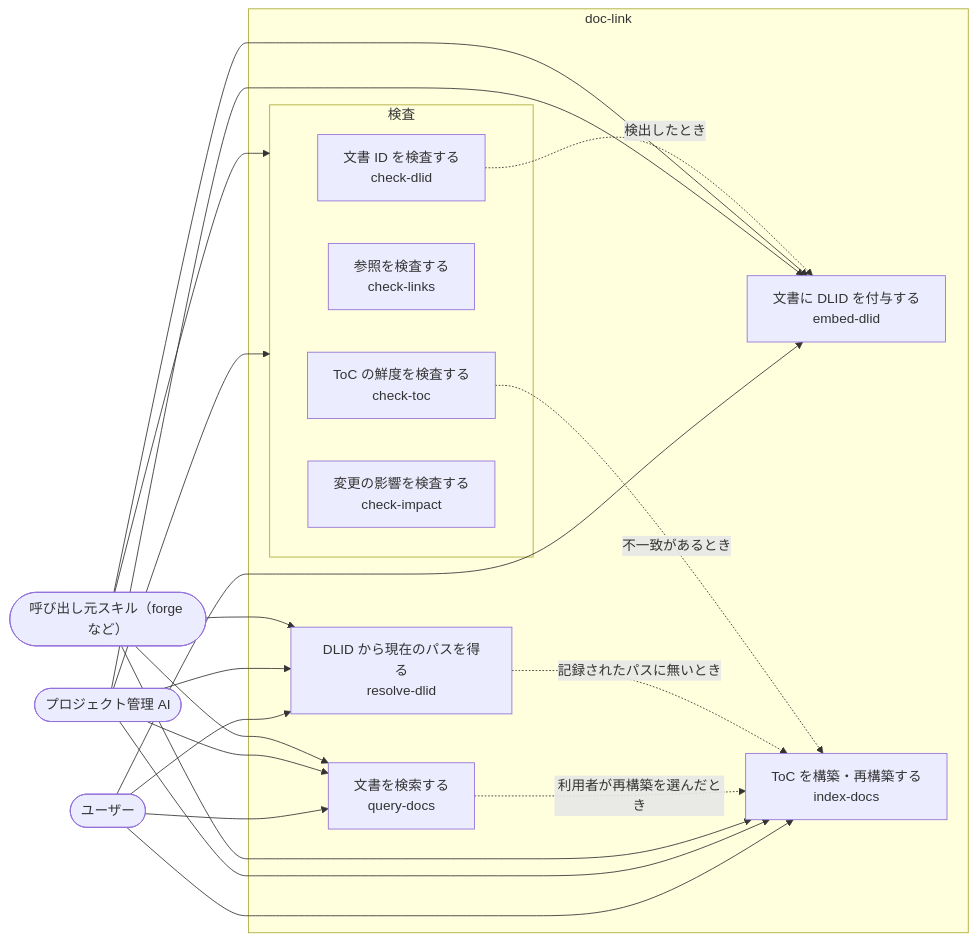
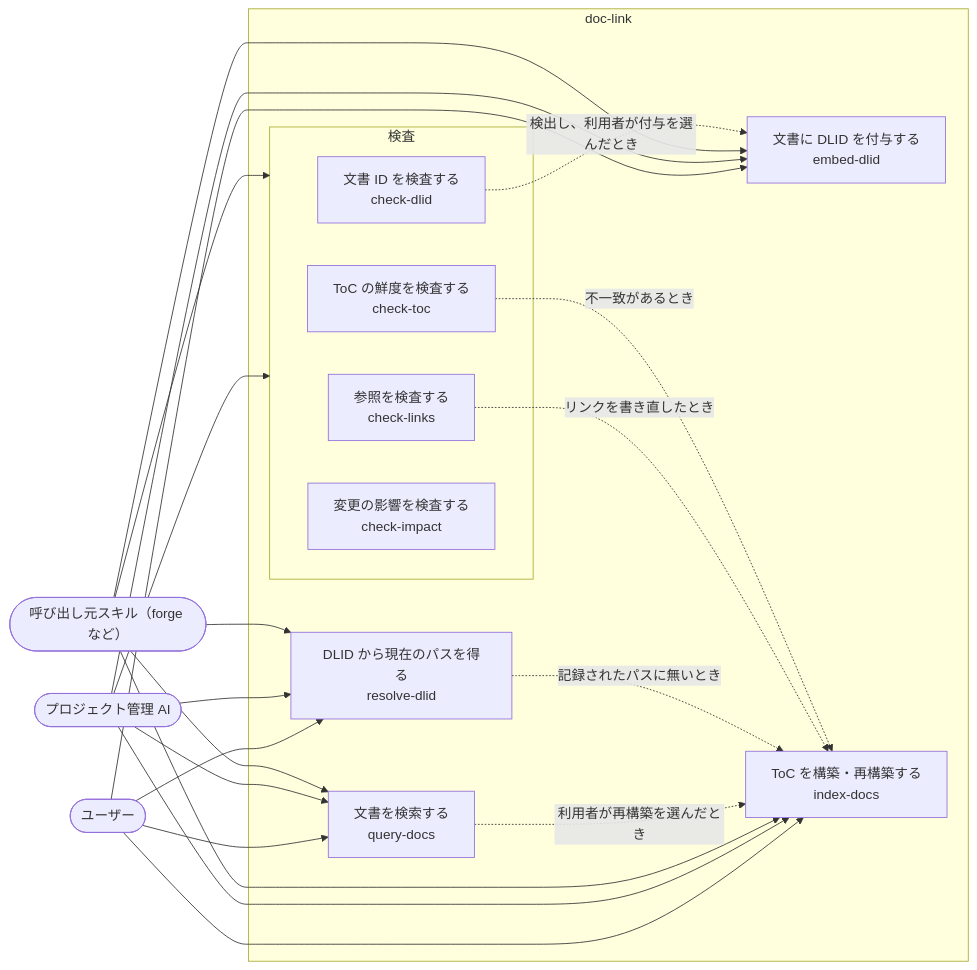
Before and after one commit to BlueEventHorizon/doc-link: the first of 10 diagrams in docs/specs/design/DES-010_skill-composition.md, drawn with Mermaid. The commit also changed other lines of this file and 14 other files, not shown here.

````diff
--- a/docs/specs/design/DES-010_skill-composition.md
+++ b/docs/specs/design/DES-010_skill-composition.md
@@ -90,38 +90,39 @@
 ```mermaid
 flowchart LR
     User(["ユーザー"])
     PM(["プロジェクト管理 AI"])
     Caller(["呼び出し元スキル（forge など）"])
 
     subgraph DL["doc-link"]
         UC1["文書に DLID を付与する<br>embed-dlid"]
         UC2["ToC を構築・再構築する<br>index-docs"]
         UC3["文書を検索する<br>query-docs"]
         UC4["DLID から現在のパスを得る<br>resolve-dlid"]
         subgraph CHK["検査"]
             UC5["文書 ID を検査する<br>check-dlid"]
             UC6["参照を検査する<br>check-links"]
             UC7["ToC の鮮度を検査する<br>check-toc"]
             UC8["変更の影響を検査する<br>check-impact"]
         end
     end
 
     User --> UC1
     User --> UC2
     User --> UC3
     User --> UC4
     PM --> UC1
     PM --> UC2
     PM --> UC3
     PM --> UC4
     PM --> CHK
     Caller --> UC1
     Caller --> UC2
     Caller --> UC3
     Caller --> UC4
     Caller --> CHK
     UC3 -. "利用者が再構築を選んだとき" .-> UC2
     UC4 -. "記録されたパスに無いとき" .-> UC2
-    UC5 -. "検出したとき" .-> UC1
+    UC5 -. "検出し、利用者が付与を選んだとき" .-> UC1
+    UC6 -. "リンクを書き直したとき" .-> UC2
     UC7 -. "不一致があるとき" .-> UC2
 ```
````
